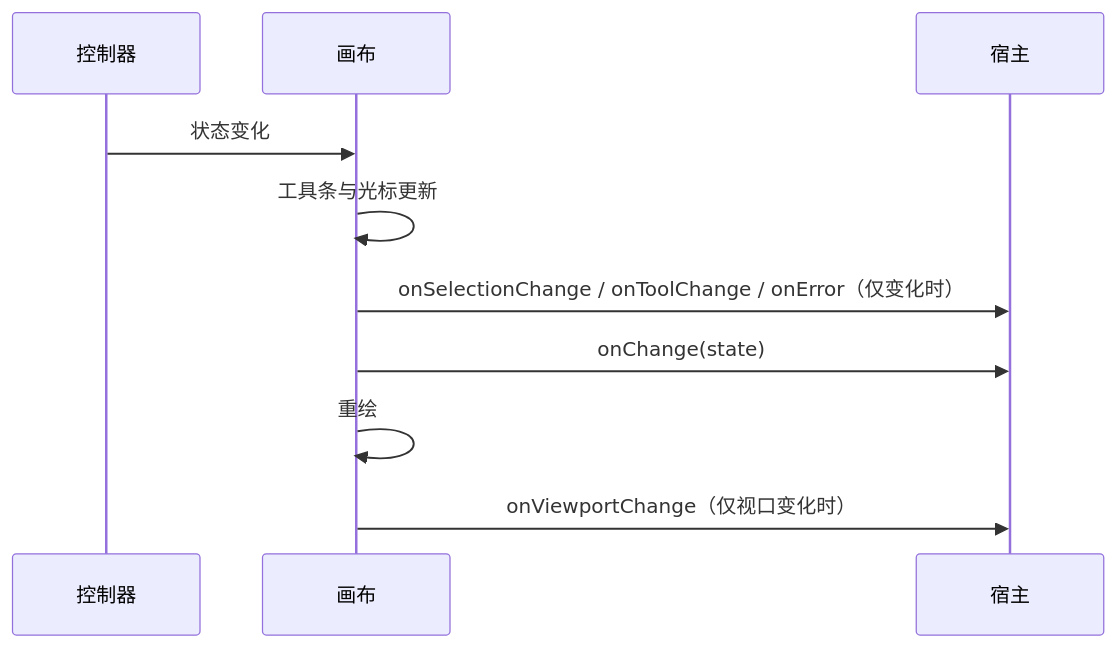
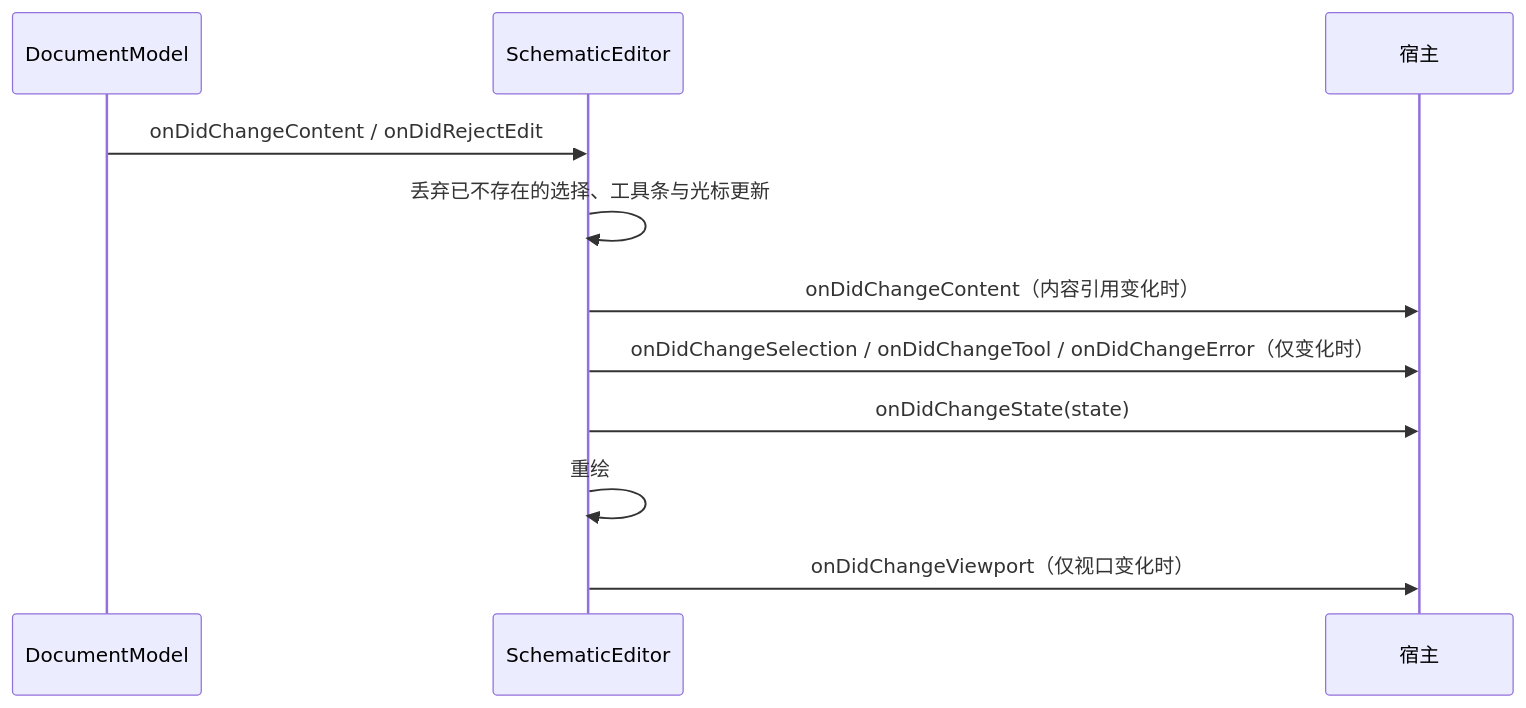
One commit to x-botlab/mica-js changed the second of 2 diagrams in packages/schematic-editor/README.md. Above: the diagram before and after it, drawn with Mermaid. The commit also changed other lines of this file and 391 other files, not shown here.

````diff
--- a/packages/schematic-editor/README.md
+++ b/packages/schematic-editor/README.md
@@ -67,13 +192,14 @@
 ```mermaid
 sequenceDiagram
-  participant Ctrl as 控制器
-  participant Editor as 画布
+  participant Model as DocumentModel
+  participant Editor as SchematicEditor
   participant Host as 宿主
 
-  Ctrl->>Editor: 状态变化
-  Editor->>Editor: 工具条与光标更新
-  Editor->>Host: onSelectionChange / onToolChange / onError（仅变化时）
-  Editor->>Host: onChange(state)
+  Model->>Editor: onDidChangeContent / onDidRejectEdit
+  Editor->>Editor: 丢弃已不存在的选择、工具条与光标更新
+  Editor->>Host: onDidChangeContent（内容引用变化时）
+  Editor->>Host: onDidChangeSelection / onDidChangeTool / onDidChangeError（仅变化时）
+  Editor->>Host: onDidChangeState(state)
   Editor->>Editor: 重绘
-  Editor->>Host: onViewportChange（仅视口变化时）
+  Editor->>Host: onDidChangeViewport（仅视口变化时）
 ```
````
